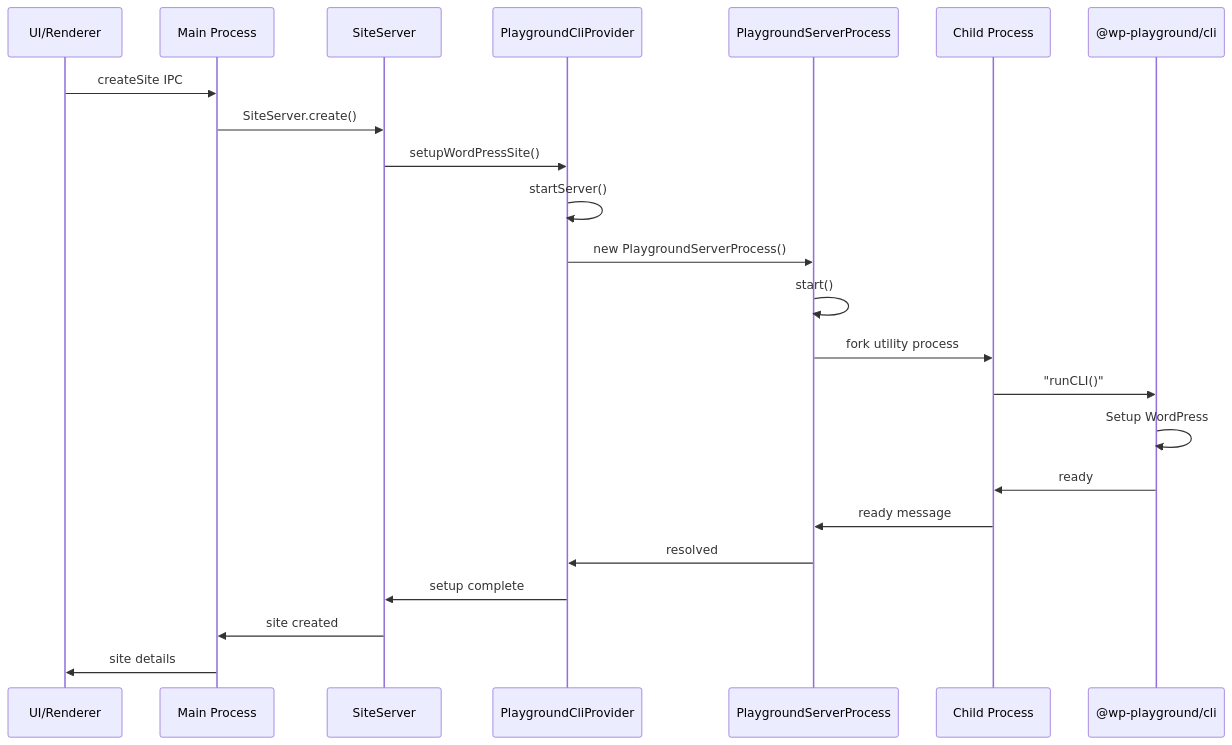
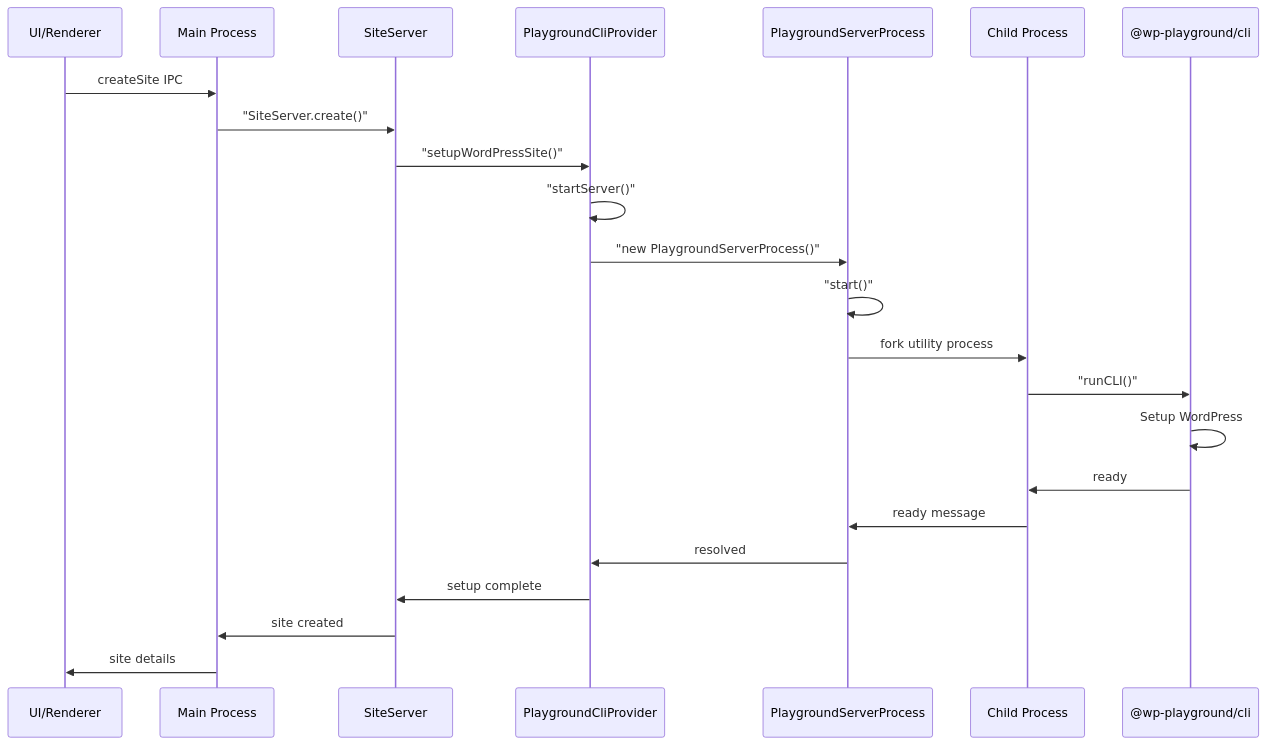
One commit to Automattic/studio changed the third of 3 diagrams in src/lib/wordpress-provider/playground-cli/README.md. Above: the diagram before and after it, drawn with Mermaid. The commit also changed other lines of this file, not shown here.

Commit message:
add readme to playground cli provider

````diff
--- a/src/lib/wordpress-provider/playground-cli/README.md
+++ b/src/lib/wordpress-provider/playground-cli/README.md
@@ -170,26 +170,26 @@
 ```mermaid
 sequenceDiagram
     participant UI as UI/Renderer
     participant Main as Main Process
     participant Server as SiteServer
     participant Provider as PlaygroundCliProvider
     participant Process as PlaygroundServerProcess
     participant Child as Child Process
     participant CLI as @wp-playground/cli
 
     UI->>Main: createSite IPC
-    Main->>Server: SiteServer.create()
-    Server->>Provider: setupWordPressSite()
-    Provider->>Provider: startServer()
-    Provider->>Process: new PlaygroundServerProcess()
-    Process->>Process: start()
+    Main->>Server: "SiteServer.create()"
+    Server->>Provider: "setupWordPressSite()"
+    Provider->>Provider: "startServer()"
+    Provider->>Process: "new PlaygroundServerProcess()"
+    Process->>Process: "start()"
     Process->>Child: fork utility process
     Child->>CLI: "runCLI()"
     CLI->>CLI: Setup WordPress
     CLI->>Child: ready
     Child->>Process: ready message
     Process->>Provider: resolved
     Provider->>Server: setup complete
     Server->>Main: site created
     Main->>UI: site details
 ```
````
